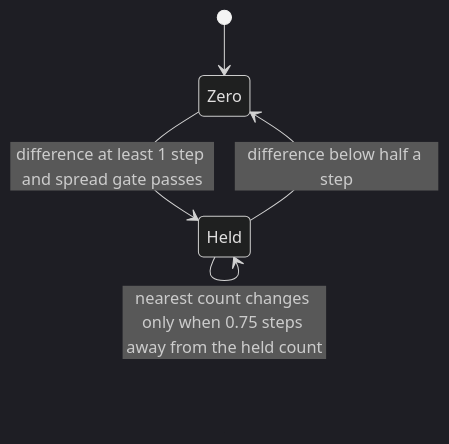
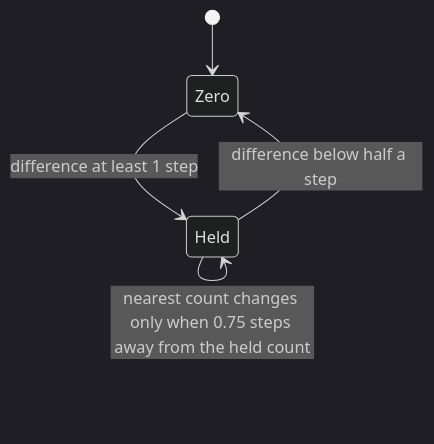
Before and after one commit to kyxap1/spectrum-analyzer: the second of 4 diagrams in docs/plans/2026-10-06-1341-feat-levels-verdict-plan.md, drawn with Mermaid (dark theme). The commit also changed other lines of this file, not shown here.

````diff
--- a/docs/plans/2026-10-06-1341-feat-levels-verdict-plan.md
+++ b/docs/plans/2026-10-06-1341-feat-levels-verdict-plan.md
@@ -216,7 +219,7 @@
 ```mermaid
 stateDiagram-v2
   [*] --> Zero
-  Zero --> Held: difference at least 1 step and spread gate passes
+  Zero --> Held: difference at least 1 step
   Held --> Zero: difference below half a step
   Held --> Held: nearest count changes only when 0.75 steps away from the held count
 ```
````
